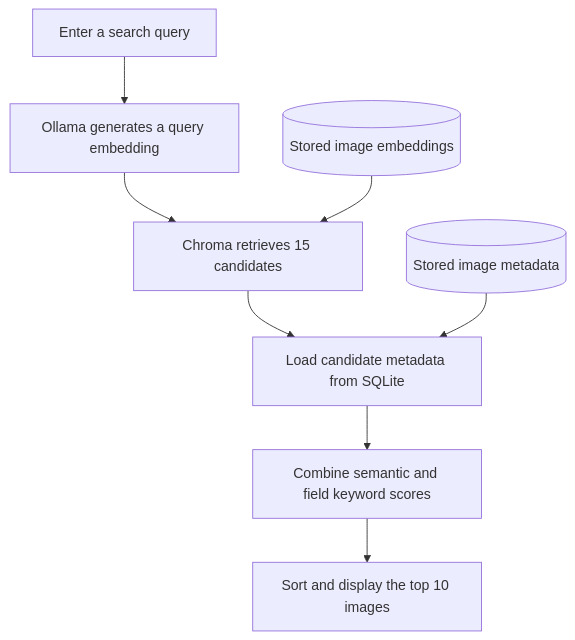
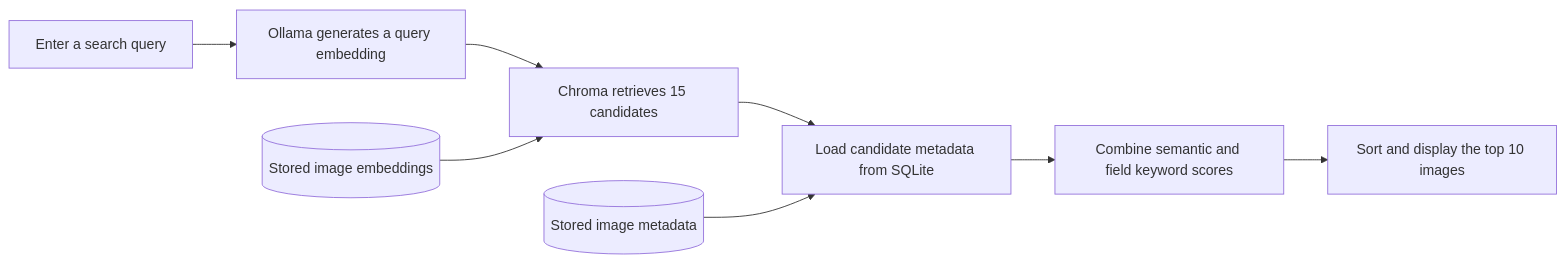
One commit to wyjxx/vision-index changed the second of 2 diagrams in README.md. Above: the diagram before and after it, drawn with Mermaid. The commit also changed other lines of this file, not shown here.

````diff
--- a/README.md
+++ b/README.md
@@ -49,10 +49,10 @@
 ```mermaid
-flowchart TD
+flowchart LR
     J[Enter a search query] --> K[Ollama generates a query embedding]
     K --> L[Chroma retrieves 15 candidates]
     I[(Stored image embeddings)] --> L
     L --> M[Load candidate metadata from SQLite]
     F[(Stored image metadata)] --> M
     M --> N[Combine semantic and field keyword scores]
     N --> O[Sort and display the top 10 images]
 ```
````
